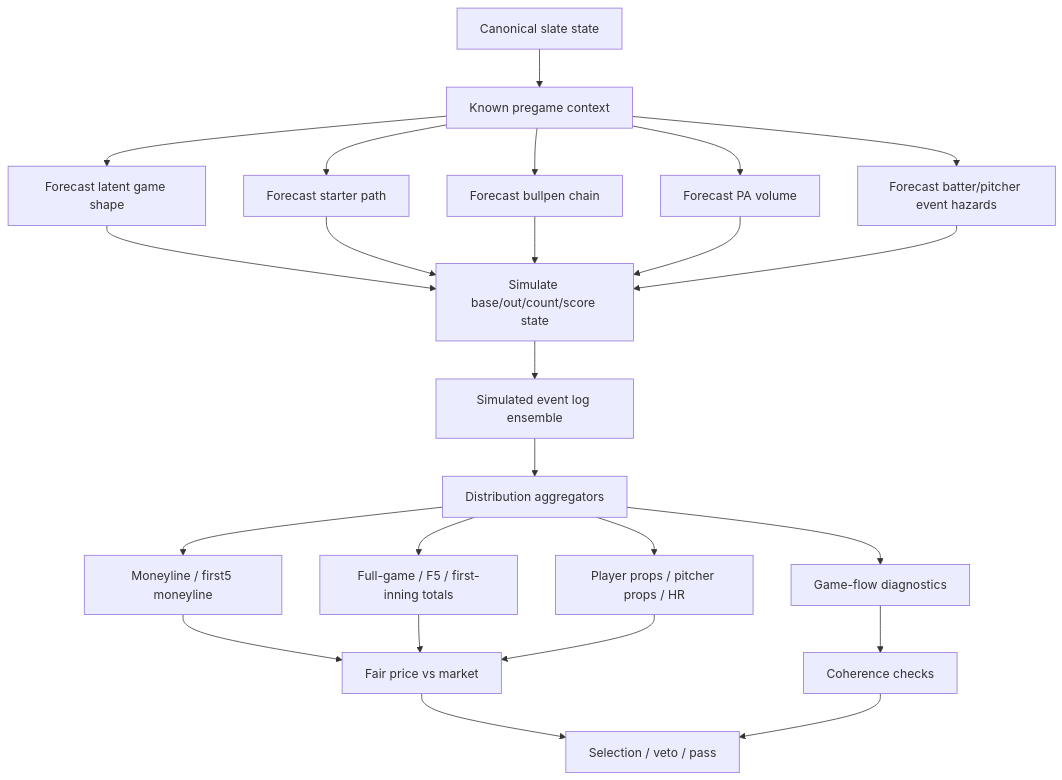
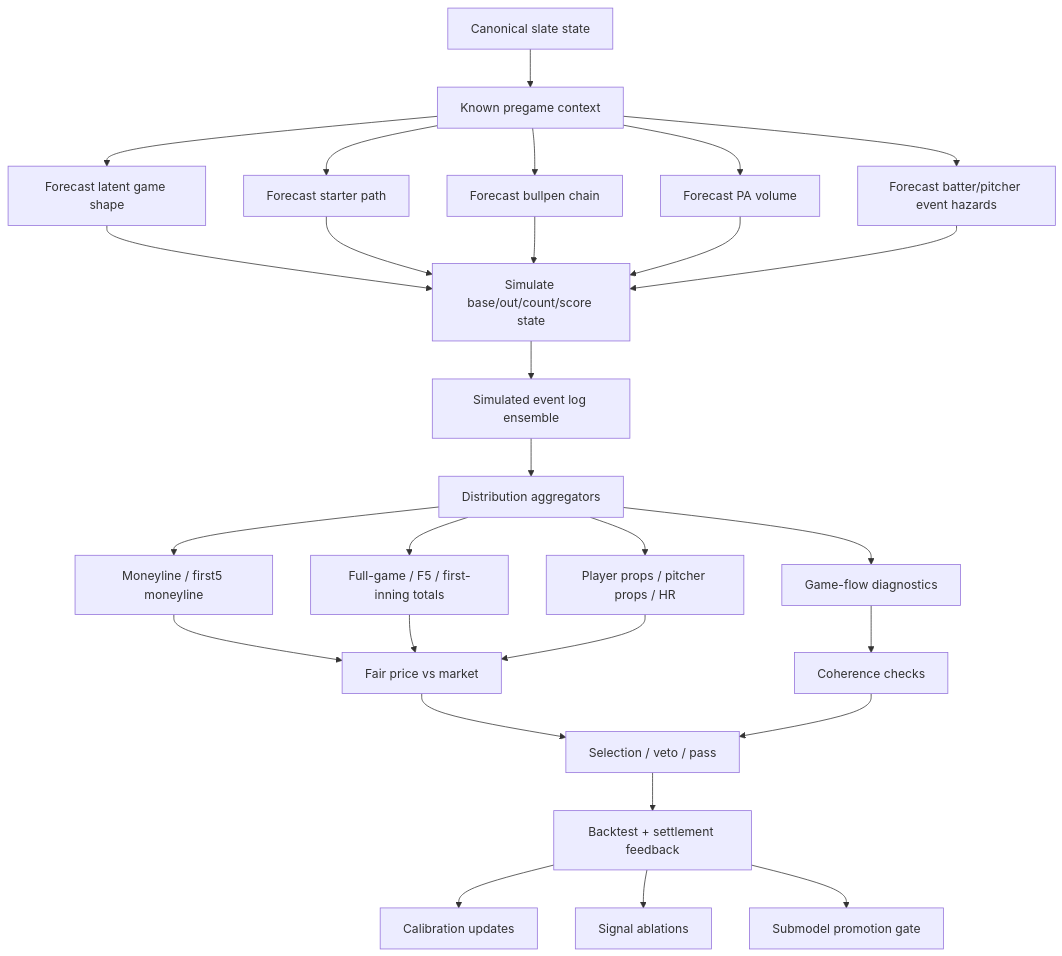
One commit to jiancchen/SlateAi changed the second of 3 diagrams in research-m3/model-architecture-notes.md. Above: the diagram before and after it, drawn with Mermaid. The commit also changed other lines of this file and 8 other files, not shown here.

````diff
--- a/research-m3/model-architecture-notes.md
+++ b/research-m3/model-architecture-notes.md
@@ -87,30 +92,34 @@
 ```mermaid
 flowchart TD
   S["Canonical slate state"] --> C["Known pregame context"]
   C --> GS["Forecast latent game shape"]
   C --> SP["Forecast starter path"]
   C --> BP["Forecast bullpen chain"]
   C --> PV["Forecast PA volume"]
   C --> EV["Forecast batter/pitcher event hazards"]
 
   GS --> SIM["Simulate base/out/count/score state"]
   SP --> SIM
   BP --> SIM
   PV --> SIM
   EV --> SIM
 
   SIM --> LOG["Simulated event log ensemble"]
   LOG --> AGG["Distribution aggregators"]
 
   AGG --> ML["Moneyline / first5 moneyline"]
   AGG --> TOT["Full-game / F5 / first-inning totals"]
   AGG --> PROP["Player props / pitcher props / HR"]
   AGG --> FLOW["Game-flow diagnostics"]
 
   ML --> PRICE["Fair price vs market"]
   TOT --> PRICE
   PROP --> PRICE
   FLOW --> CHECK["Coherence checks"]
   PRICE --> SELECT["Selection / veto / pass"]
   CHECK --> SELECT
+  SELECT --> BACK["Backtest + settlement feedback"]
+  BACK --> CAL["Calibration updates"]
+  BACK --> ABL["Signal ablations"]
+  BACK --> PROMO["Submodel promotion gate"]
 ```
````
